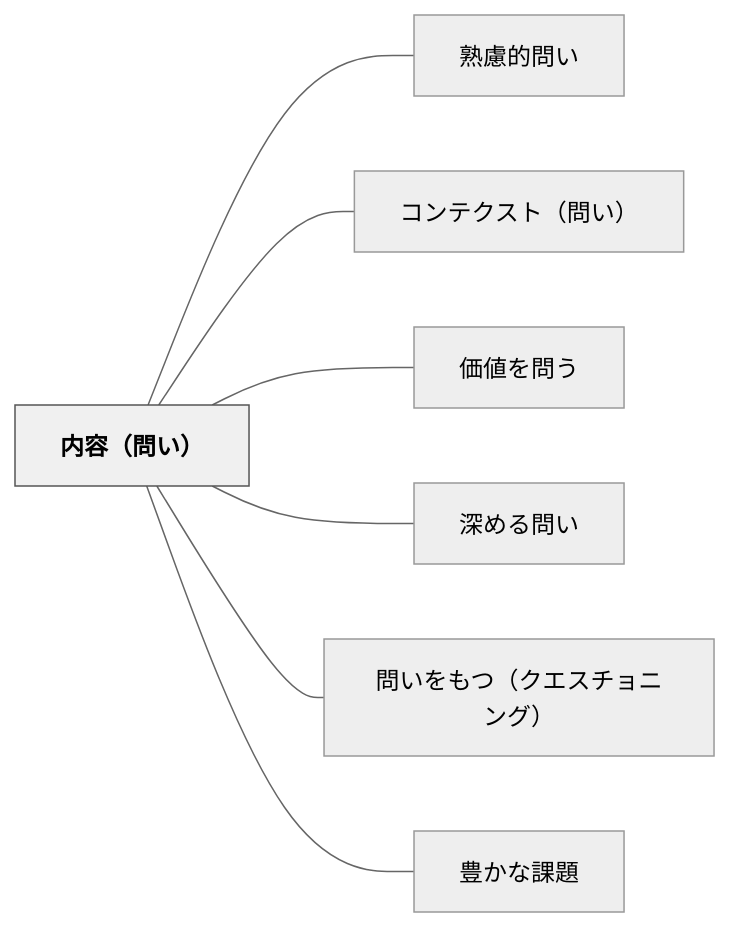
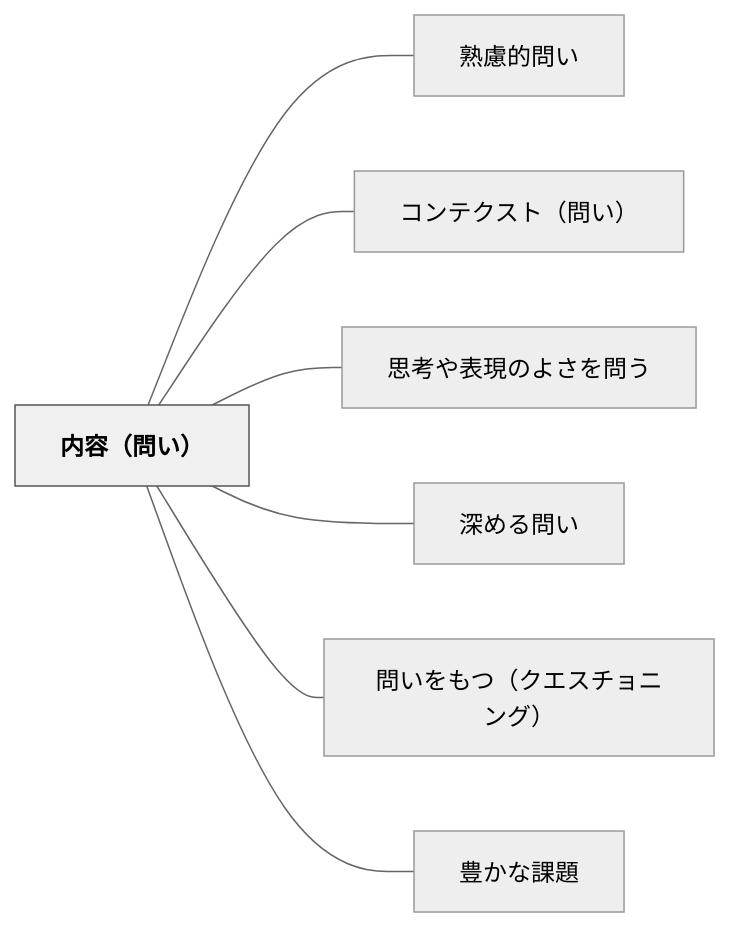
Before and after one commit to unknownthings-ed-patterns/unknownthings-ed-patterns: the diagram in content/パタン/内容（問い）.md, drawn with Mermaid (neutral theme). The commit also changed other lines of this file and 37 other files, not shown here.

````diff
--- a/content/パタン/内容（問い）.md
+++ b/content/パタン/内容（問い）.md
@@ -46,20 +46,20 @@
 ```mermaid
 flowchart LR
     ne58685e5aeb9efbc88e5958fe38184efbc89["内容（問い）"]
     ne7869fe685aee79a84e5958fe38184["熟慮的問い"]
     ne382b3e383b3e38386e382afe382b9e38388efbc88e5958fe38184efbc89["コンテクスト（問い）"]
-    ne4bea1e580a4e38292e5958fe38186["価値を問う"]
+    ne6809de88083e38284e8a1a8e78fbee381aee38288e38195e38292e5958fe38186["思考や表現のよさを問う"]
     ne6b7b1e38281e3828be5958fe38184["深める問い"]
     ne5958fe38184e38292e38282e381a4efbc88e382afe382a8e382b9e38381e383a7e3838be383b3e382b0efbc89["問いをもつ（クエスチョニング）"]
     ne8b18ae3818be381aae8aab2e9a18c["豊かな課題"]
 
     ne58685e5aeb9efbc88e5958fe38184efbc89 --- ne7869fe685aee79a84e5958fe38184
     ne58685e5aeb9efbc88e5958fe38184efbc89 --- ne382b3e383b3e38386e382afe382b9e38388efbc88e5958fe38184efbc89
-    ne58685e5aeb9efbc88e5958fe38184efbc89 --- ne4bea1e580a4e38292e5958fe38186
+    ne58685e5aeb9efbc88e5958fe38184efbc89 --- ne6809de88083e38284e8a1a8e78fbee381aee38288e38195e38292e5958fe38186
     ne58685e5aeb9efbc88e5958fe38184efbc89 --- ne6b7b1e38281e3828be5958fe38184
     ne58685e5aeb9efbc88e5958fe38184efbc89 --- ne5958fe38184e38292e38282e381a4efbc88e382afe382a8e382b9e38381e383a7e3838be383b3e382b0efbc89
     ne58685e5aeb9efbc88e5958fe38184efbc89 --- ne8b18ae3818be381aae8aab2e9a18c
 
     classDef hub fill:#f0f0f0,stroke:#555,color:#000,font-weight:bold
     class ne58685e5aeb9efbc88e5958fe38184efbc89 hub
 ```
````
